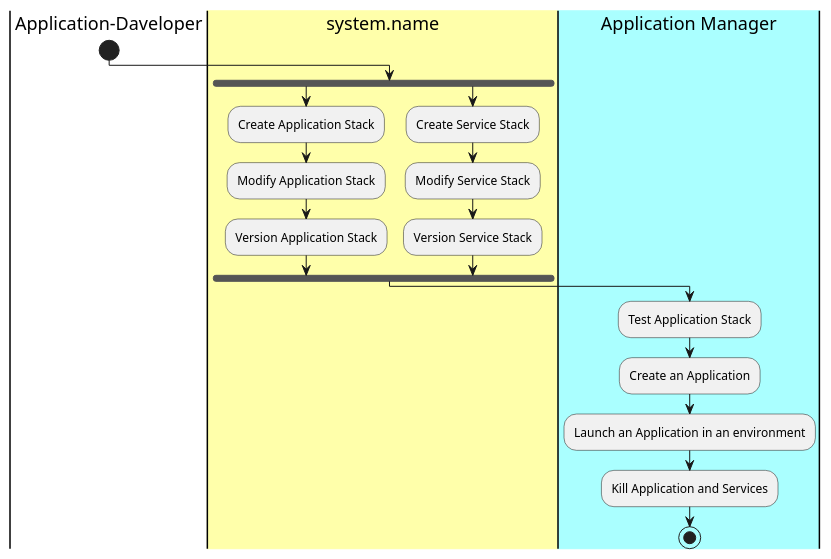
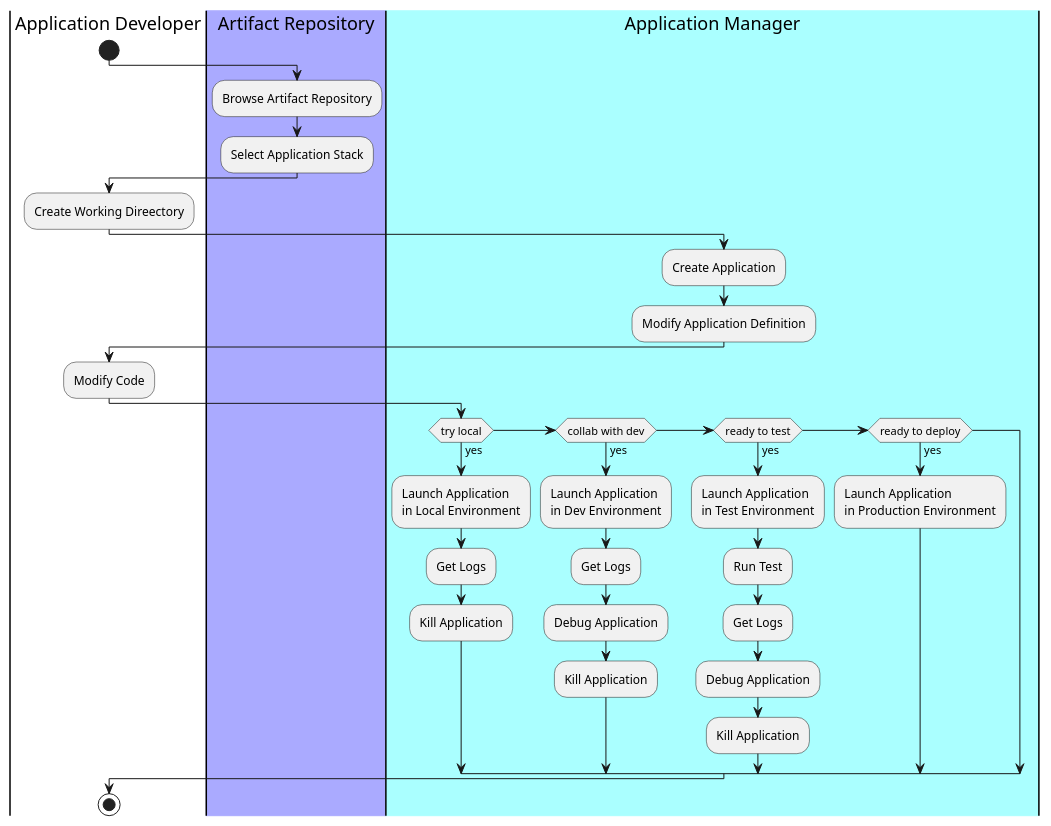
One commit to CAADE/C3 changed the diagram in docs/Actors/Application-Developer/Workflow.puml. Above: the diagram before and after it, drawn with PlantUML. The commit also changed other lines of this file and 256 other files, not shown here.

```diff
--- a/docs/Actors/Application-Developer/Workflow.puml
+++ b/docs/Actors/Application-Developer/Workflow.puml
@@ -1,20 +1,35 @@
 @startuml
-|Application-Daveloper|
+|Application Developer|
 start
-|#ffffaa|system.name|
-fork
-:Create Application Stack;
-:Modify Application Stack;
-:Version Application Stack;
-fork again
-:Create Service Stack;
-:Modify Service Stack;
-:Version Service Stack;
-fork end
+|#aaaaff|Artifact Repository|
+:Browse Artifact Repository;
+:Select Application Stack;
+|Application Developer|
+:Create Working Direectory;
 |#aaffff|Application Manager|
-:Test Application Stack;
-:Create an Application;
-:Launch an Application in an environment;
-:Kill Application and Services;
+:Create Application;
+:Modify Application Definition;
+|Application Developer|
+:Modify Code;
+|Application Manager|
+if(try local) then (yes)
+:Launch Application\nin Local Environment;
+:Get Logs;
+:Kill Application;
+elseif(collab with dev) then (yes)
+:Launch Application\nin Dev Environment;
+:Get Logs;
+:Debug Application;
+:Kill Application;
+elseif(ready to test) then (yes)
+:Launch Application\nin Test Environment;
+:Run Test;
+:Get Logs;
+:Debug Application;
+:Kill Application;
+elseif(ready to deploy) then (yes)
+:Launch Application\nin Production Environment;
+|Application Developer|
+endif
 stop
 @enduml
```
